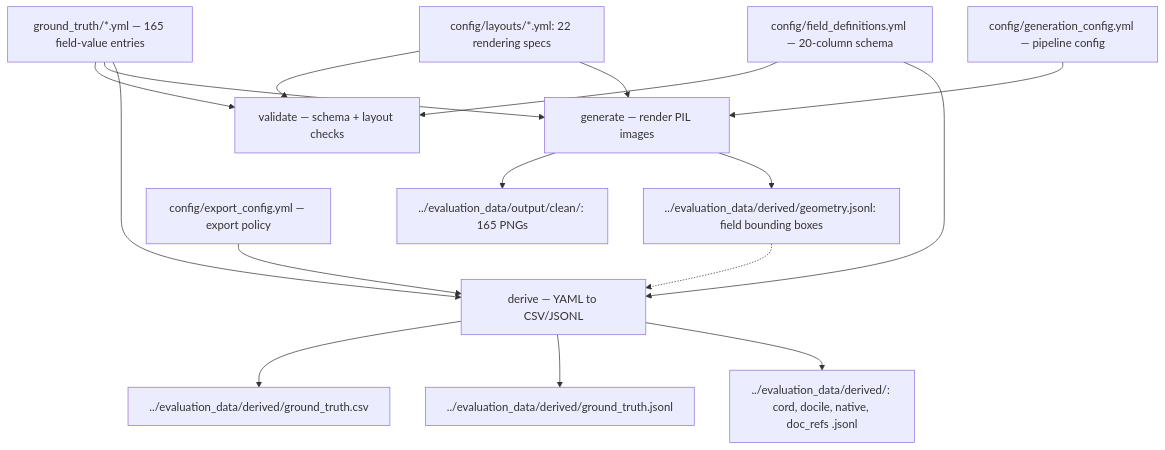
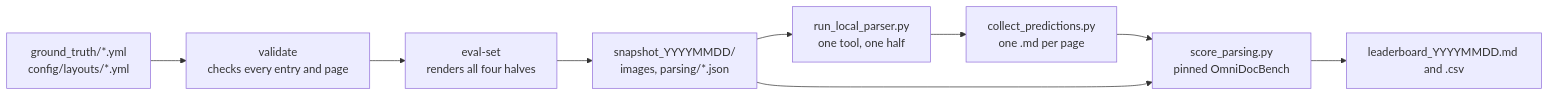
Before and after one commit to tmnestor/Synthetic_Doc_Parsing: the diagram in README.md, drawn with Mermaid. The commit also changed other lines of this file and 3 other files, not shown here.

First line of the commit message:
📝 docs: lead the README with the parsing benchmark and move the generator detail to its own page

````diff
--- a/README.md
+++ b/README.md
@@ -578,26 +114,11 @@
 ```mermaid
-graph TD
-    GT["ground_truth/*.yml — 165 field-value entries"]
-    LR["config/layouts/*.yml: 22 rendering specs"]
-    GC["config/generation_config.yml — pipeline config"]
-    FD["config/field_definitions.yml — 20-column schema"]
-
-    GT --> V["validate — schema + layout checks"]
-    LR --> V
-    FD --> V
-
-    GT --> G["generate — render PIL images"]
-    LR --> G
-    GC --> G
-
-    G --> CLEAN["../evaluation_data/output/clean/: 165 PNGs"]
-
-    GT --> D["derive — YAML to CSV/JSONL"]
-    FD --> D
-    EC["config/export_config.yml — export policy"] --> D
-    D --> CSV["../evaluation_data/derived/ground_truth.csv"]
-    D --> JSONL["../evaluation_data/derived/ground_truth.jsonl"]
-    D --> EXP["../evaluation_data/derived/: cord, docile, native, doc_refs .jsonl"]
-    G --> GEO["../evaluation_data/derived/geometry.jsonl: field bounding boxes"]
-    GEO -.-> D
+flowchart LR
+    Y["ground_truth/*.yml<br/>config/layouts/*.yml"] --> V["validate<br/>checks every entry and page"]
+    V --> E["eval-set<br/>renders all four halves"]
+    E --> S["snapshot_YYYYMMDD/<br/>images, parsing/*.json"]
+    S --> R["run_local_parser.py<br/>one tool, one half"]
+    R --> C["collect_predictions.py<br/>one .md per page"]
+    C --> O["score_parsing.py<br/>pinned OmniDocBench"]
+    S --> O
+    O --> L["leaderboard_YYYYMMDD.md and .csv"]
 ```
````
